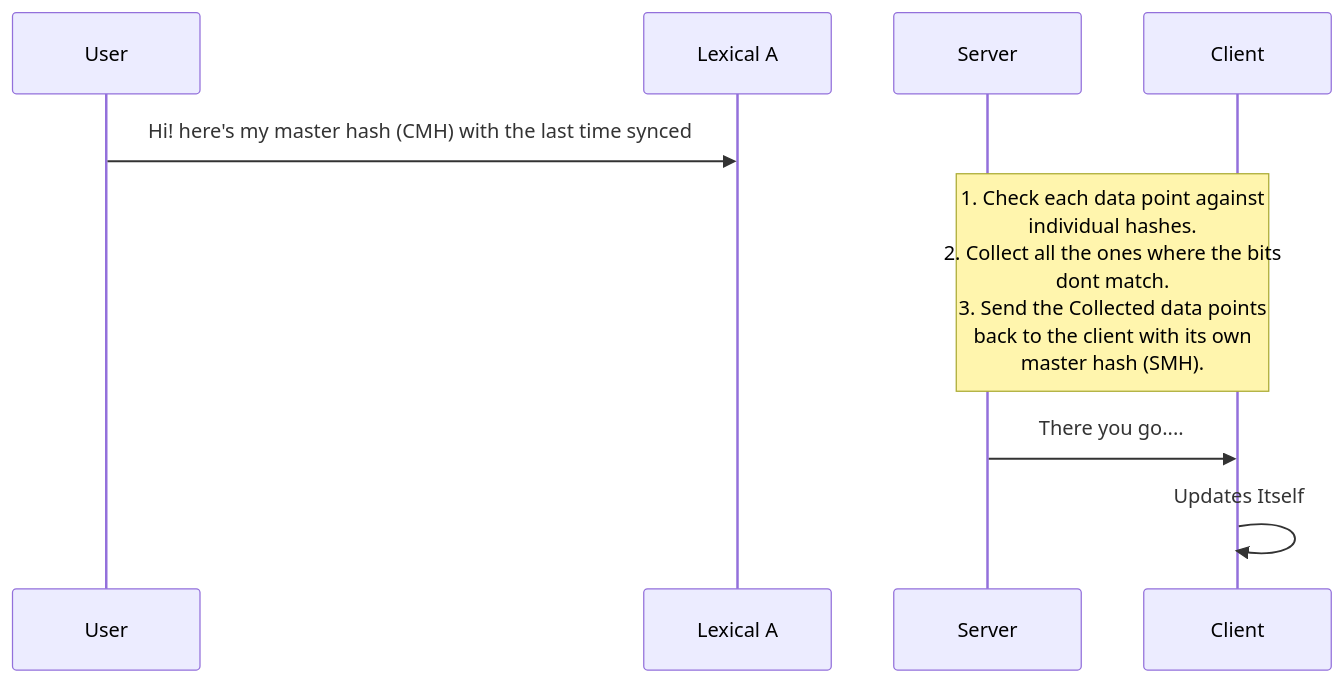
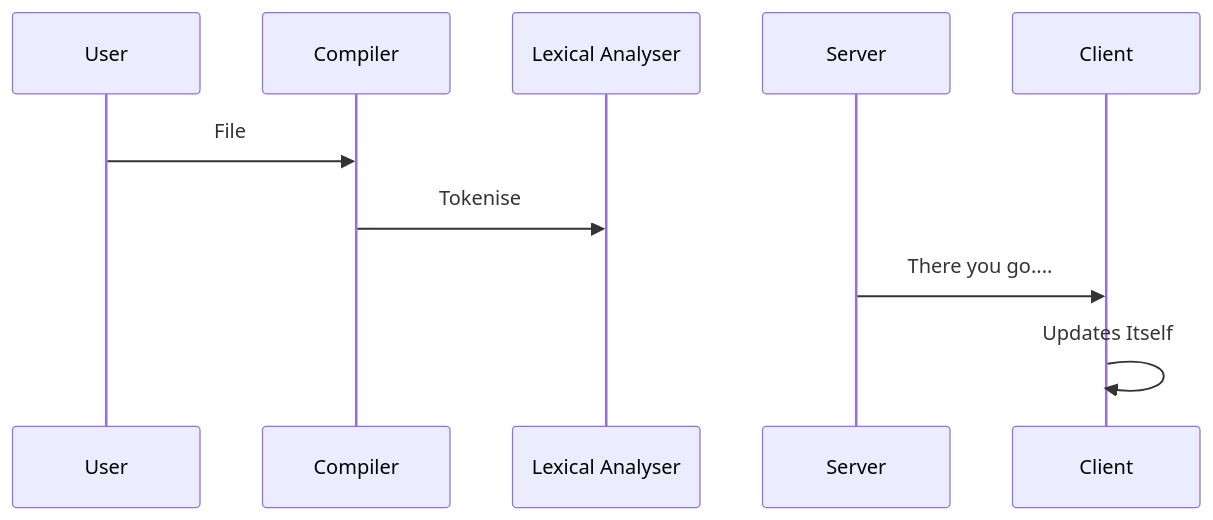
Before and after one commit to trshant-sugoi/stackedit: the diagram in drafts/2019-02-25-Compiler-I-AST.md, drawn with Mermaid. The commit also changed other lines of this file, not shown here.

Commit message:
drafts/2019-02-25-Compiler-I-AST.md updated from https://stackedit.io/

````diff
--- a/drafts/2019-02-25-Compiler-I-AST.md
+++ b/drafts/2019-02-25-Compiler-I-AST.md
@@ -16,9 +16,8 @@
 ```mermaid
 sequenceDiagram
-User ->> Lexical A: Hi! here's my master hash (CMH) with the last time synced
+User ->> Compiler: File  
 
-Note over Server,Client: 1. Check each data point against <br/>individual hashes.<br/>2. Collect all the ones where the bits<br/> dont match.<br/>3. Send the Collected data points <br/>back to the client with its own<br/> master hash (SMH).
-
+Compiler ->> Lexical Analyser: Tokenise
 Server ->> Client: There you go....
 Client ->> Client : Updates Itself
 ```
````
